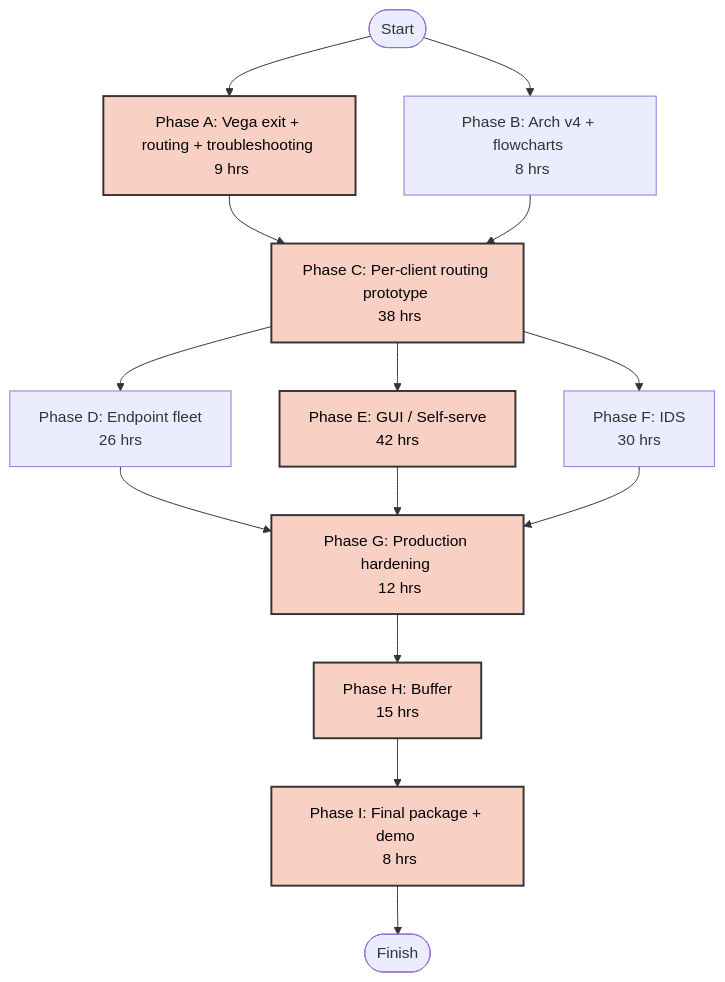
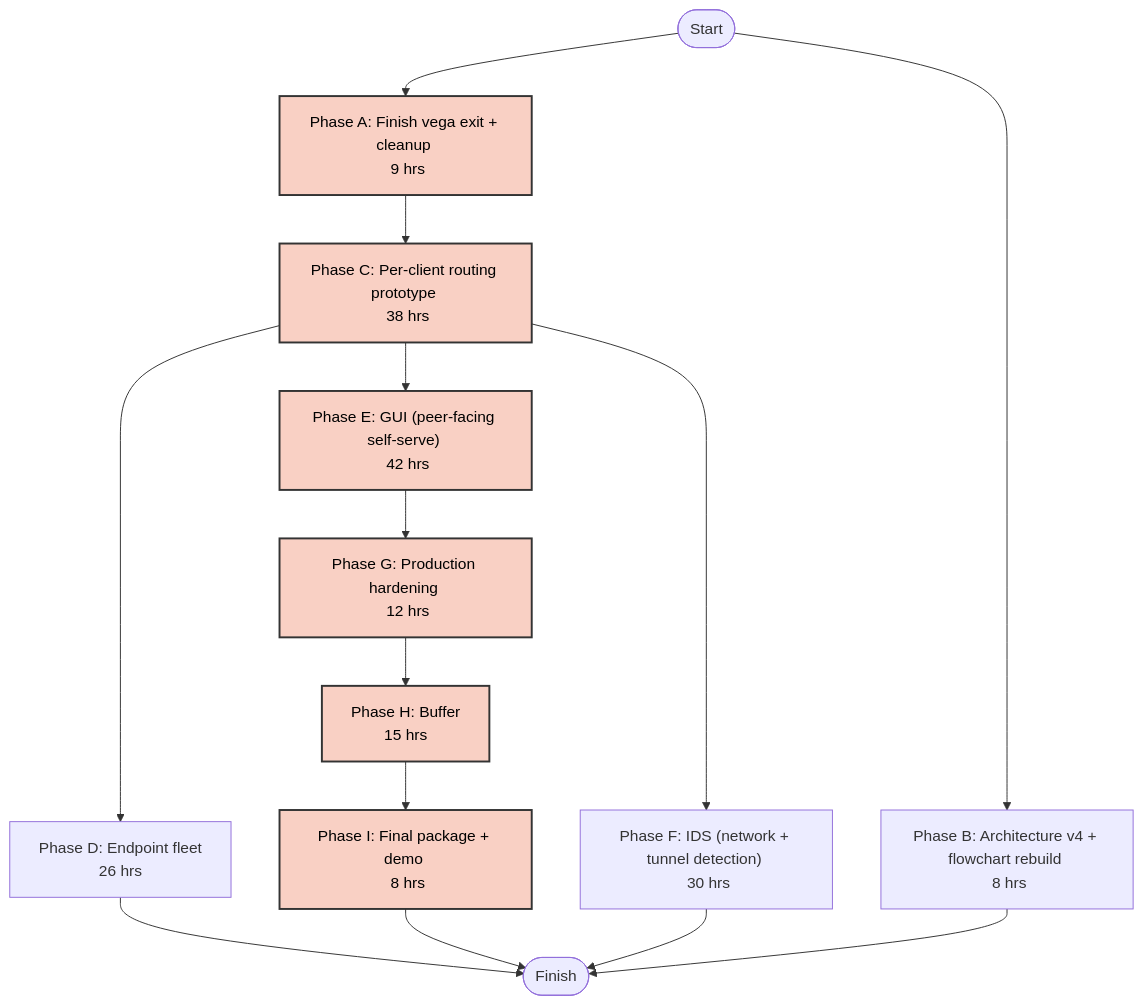
One commit to willcode4jobs/vpn-pi changed the diagram in docs/gannt/pert/pert/pert_chart.md. Above: the diagram before and after it, drawn with Mermaid. The commit also changed 1 other file, not shown here.

Commit message:
docs: gannt and pert iterative changes.

````diff
--- a/docs/gannt/pert/pert/pert_chart.md
+++ b/docs/gannt/pert/pert/pert_chart.md
@@ -1,23 +1,24 @@
 ```mermaid
 graph TD
-    Start([Start]) --> A[Phase A: Vega exit + routing + troubleshooting <br> 9 hrs]
-    Start --> B[Phase B: Arch v4 + flowcharts <br> 8 hrs]
-    
+    Start([Start]) --> A[Phase A: Finish vega exit + cleanup <br> 9 hrs]
+    Start --> B[Phase B: Architecture v4 + flowchart rebuild <br> 8 hrs]
+
     A --> C[Phase C: Per-client routing prototype <br> 38 hrs]
-    B --> C
-    
+
     C --> D[Phase D: Endpoint fleet <br> 26 hrs]
-    C --> E[Phase E: GUI / Self-serve <br> 42 hrs]
-    C --> F[Phase F: IDS <br> 30 hrs]
-    
-    D --> G[Phase G: Production hardening <br> 12 hrs]
-    E --> G
-    F --> G
-    
+    C --> E["Phase E: GUI (peer-facing self-serve) <br> 42 hrs"]
+    C --> F["Phase F: IDS (network + tunnel detection) <br> 30 hrs"]
+
+    E --> G[Phase G: Production hardening <br> 12 hrs]
+
     G --> H[Phase H: Buffer <br> 15 hrs]
     H --> I[Phase I: Final package + demo <br> 8 hrs]
     I --> Finish([Finish])
-    
+
+    B --> Finish
+    D --> Finish
+    F --> Finish
+
     classDef critical fill:#f9d0c4,stroke:#333,stroke-width:2px,color:#000;
     class A,C,E,G,H,I critical;
 ```
````
